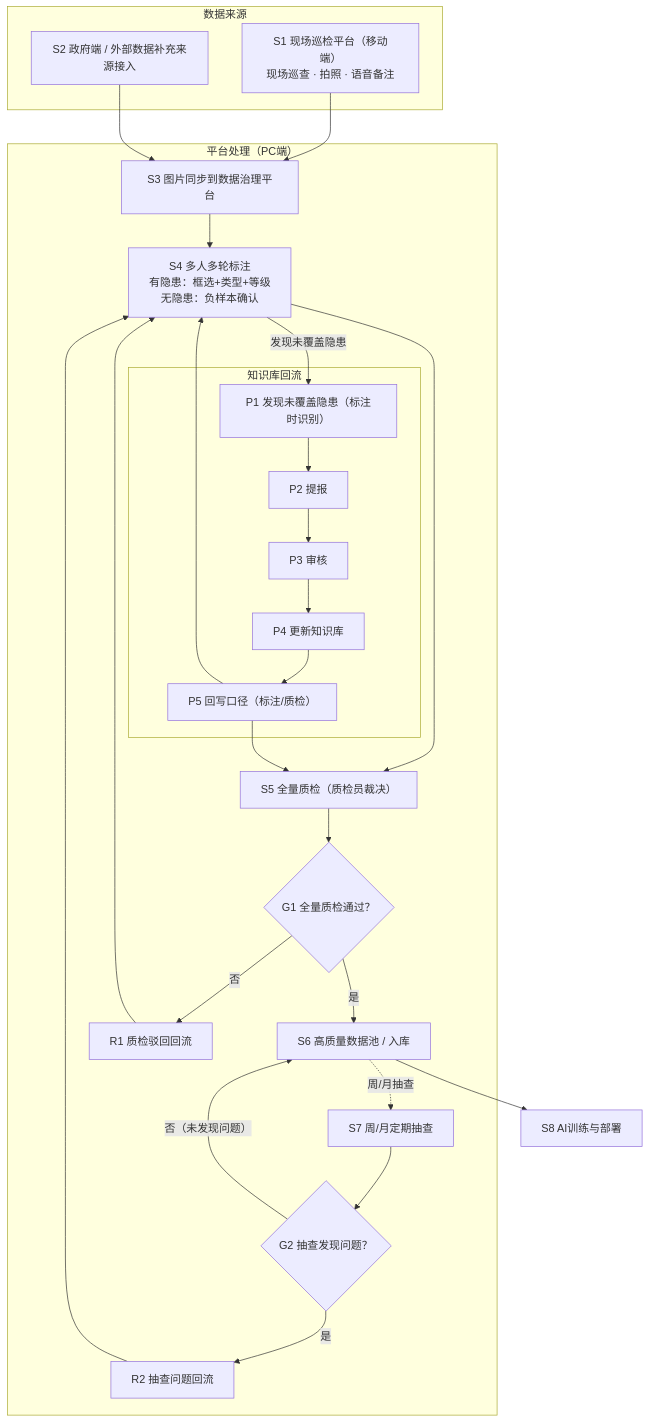
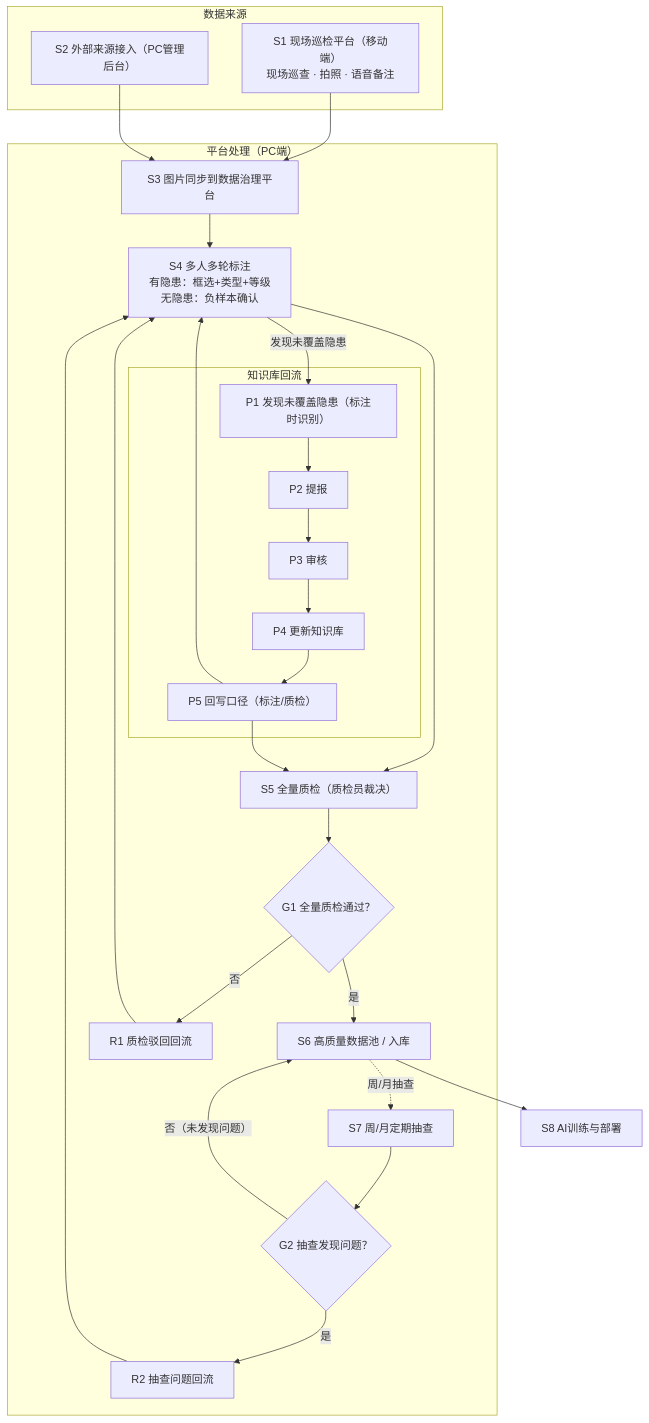
The diagram in 数据治理平台-Mermaid.mmd (zhudan930612/Data-governance), drawn with Mermaid before and after one commit. The commit also changed 2 other files, not shown here.

```diff
--- a/数据治理平台-Mermaid.mmd
+++ b/数据治理平台-Mermaid.mmd
@@ -1,39 +1,39 @@
 %%{init: {'theme':'mc'}}%%
 flowchart TD
     subgraph SRC ["数据来源"]
         A1["S1 现场巡检平台（移动端）<br/>现场巡查 · 拍照 · 语音备注"]
-        A2["S2 政府端 / 外部数据补充来源接入"]
+        A2["S2 外部来源接入（PC管理后台）"]
     end
 
     A1 --> B["S3 图片同步到数据治理平台"]
     A2 --> B
 
     subgraph PLT ["平台处理（PC端）"]
         B --> E["S4 多人多轮标注<br/>有隐患：框选+类型+等级<br/>无隐患：负样本确认"]
         E --> G["S5 全量质检（质检员裁决）"]
         G --> G1{"G1 全量质检通过？"}
         G1 -->|"是"| H["S6 高质量数据池 / 入库"]
         G1 -->|"否"| R1["R1 质检驳回回流"]
         R1 --> E
 
         H -.->|"周/月抽查"| S7["S7 周/月定期抽查"]
         S7 --> G2{"G2 抽查发现问题？"}
         G2 -->|"是"| R2["R2 抽查问题回流"]
         G2 -->|"否（未发现问题）"| H
         R2 --> E
 
         subgraph LOOP ["知识库回流"]
             U["P1 发现未覆盖隐患（标注时识别）"]
             U --> V["P2 提报"]
             V --> W["P3 审核"]
             W --> X["P4 更新知识库"]
             X --> Y["P5 回写口径（标注/质检）"]
         end
 
         E -->|"发现未覆盖隐患"| U
         Y --> E
         Y --> G
     end
 
 
     H --> M["S8 AI训练与部署"]
```
